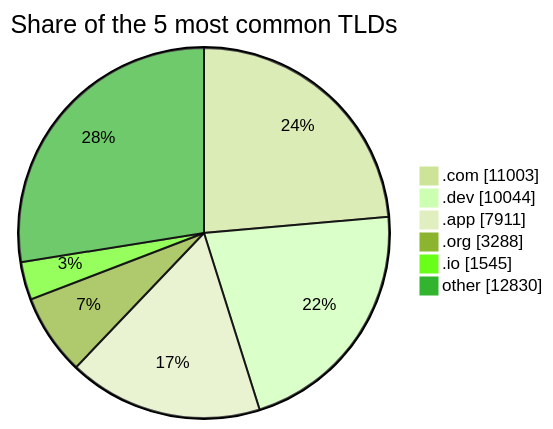
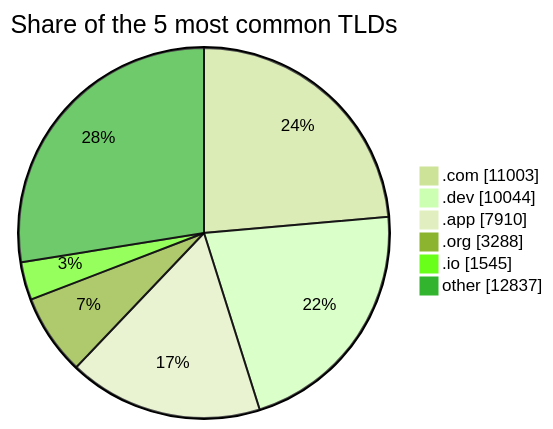
One commit to DNSBunker/CTI changed the third of 3 diagrams in README.md. Above: the diagram before and after it, drawn with Mermaid (forest theme). The commit also changed other lines of this file and 3 other files, not shown here.

````diff
--- a/README.md
+++ b/README.md
@@ -81,9 +81,9 @@
 ```mermaid
 pie showData title Share of the 5 most common TLDs
     ".com" : 11003
     ".dev" : 10044
-    ".app" : 7911
+    ".app" : 7910
     ".org" : 3288
     ".io" : 1545
-    "other" : 12830
+    "other" : 12837
 ```
````
